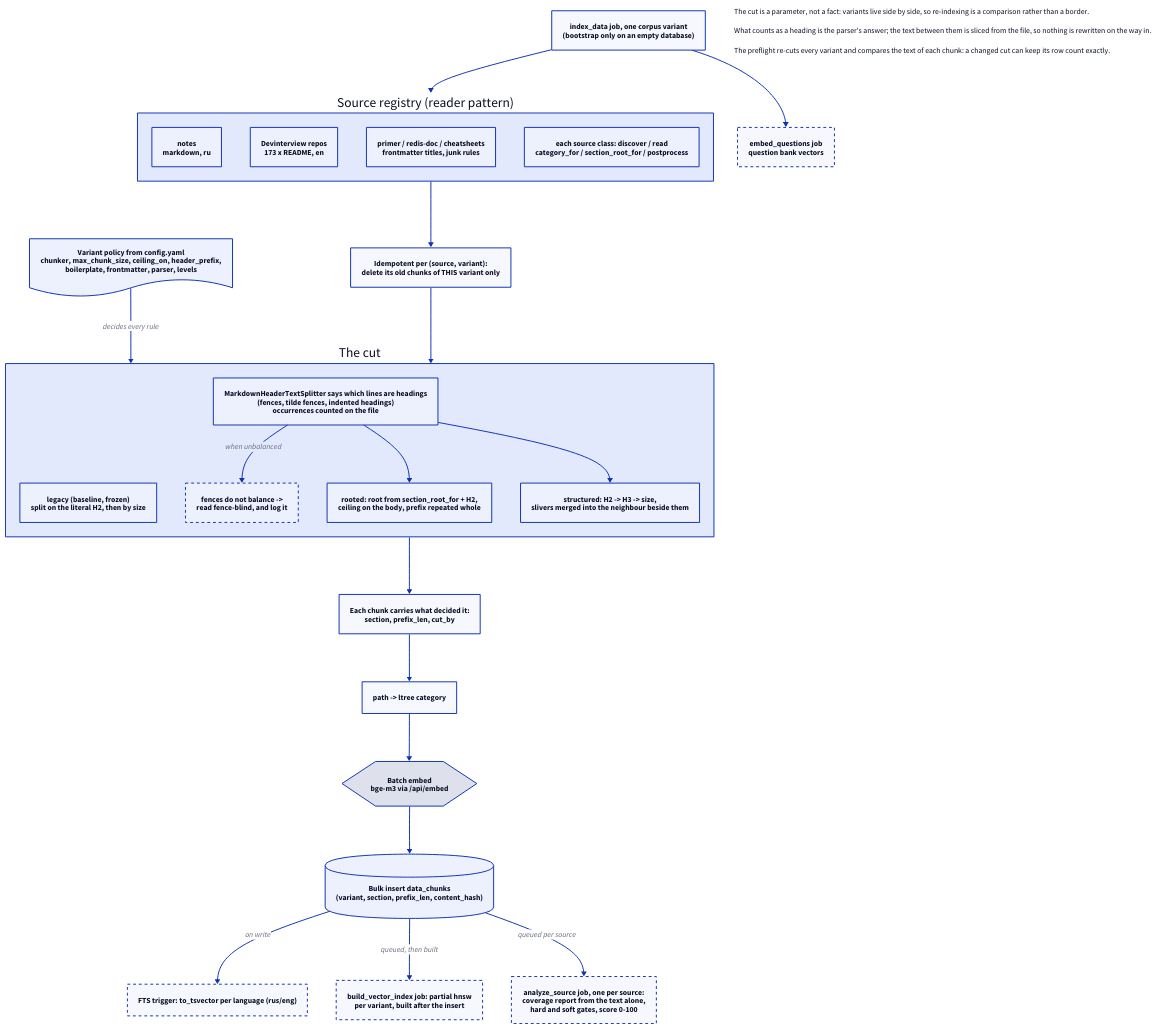
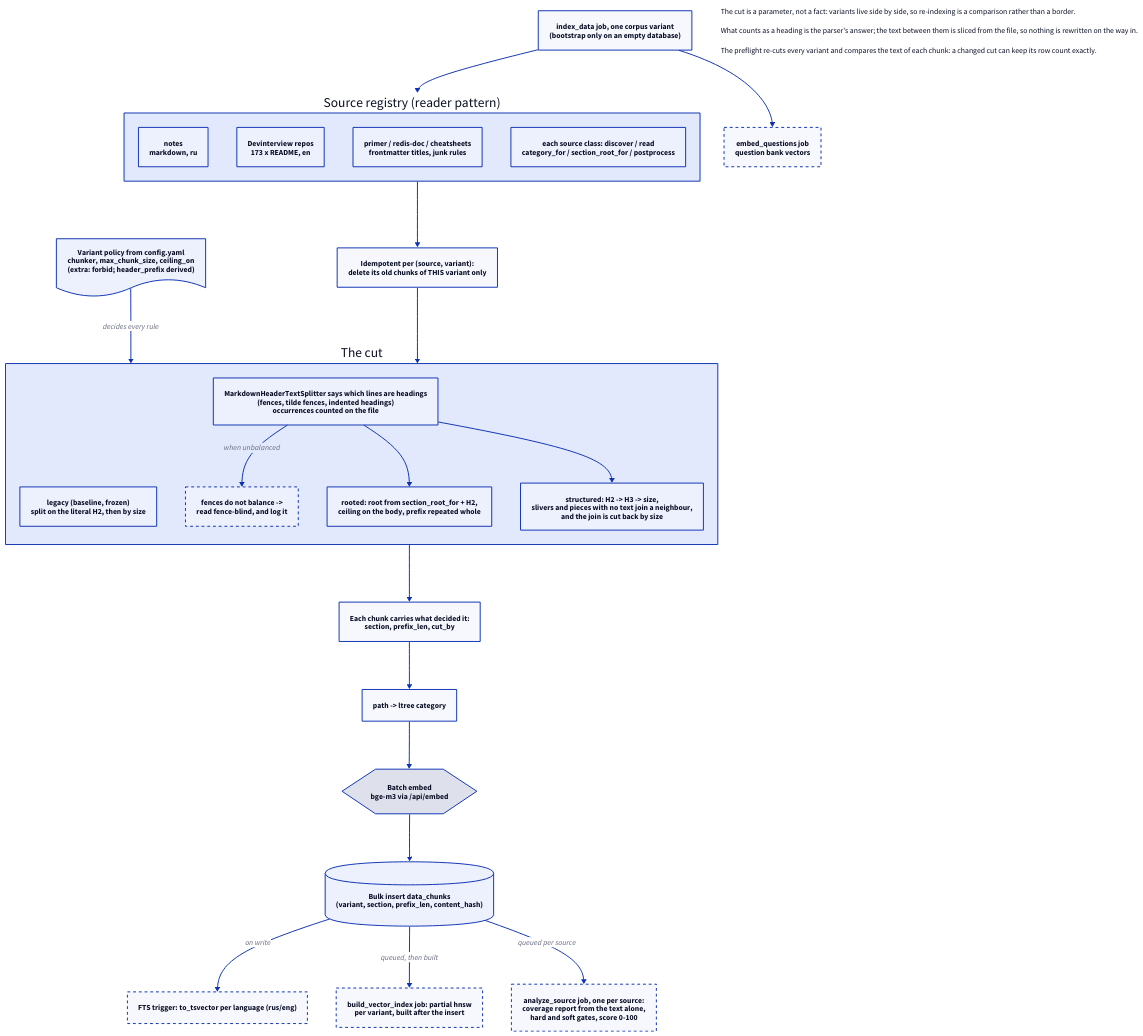
The diagram in docs/diagrams/ingestion.d2 (rikitikitav1/rag-lab), drawn with D2 before and after one commit. The commit also changed 3 other files, not shown here.

First line of the commit message:
Say what the config holds today, and what the cut actually does

```diff
--- a/docs/diagrams/ingestion.d2
+++ b/docs/diagrams/ingestion.d2
@@ -1,79 +1,79 @@
 direction: down
 
 trigger: "index_data job, one corpus variant\n(bootstrap only on an empty database)"
 
 sources: Source registry (reader pattern) {
   direction: right
   notes: notes\nmarkdown, ru
   interview: Devinterview repos\n173 x README, en
   docs: primer / redis-doc / cheatsheets\nfrontmatter titles, junk rules
   hooks: "each source class: discover / read\ncategory_for / section_root_for / postprocess"
 }
 
-policy: "Variant policy from config.yaml\nchunker, max_chunk_size, ceiling_on, header_prefix,\nboilerplate, frontmatter, parser, levels" {
+policy: "Variant policy from config.yaml\nchunker, max_chunk_size, ceiling_on\n(extra: forbid; header_prefix derived)" {
   shape: document
 }
 
 idem: "Idempotent per (source, variant):\ndelete its old chunks of THIS variant only"
 
 cut: The cut {
   direction: down
   legacy: "legacy (baseline, frozen)\nsplit on the literal H2, then by size"
   marks: "MarkdownHeaderTextSplitter says which lines are headings\n(fences, tilde fences, indented headings)\noccurrences counted on the file"
   fallback: "fences do not balance ->\nread fence-blind, and log it" {
     style.stroke-dash: 3
   }
   rooted: "rooted: root from section_root_for + H2,\nceiling on the body, prefix repeated whole"
-  structured: "structured: H2 -> H3 -> size,\nslivers merged into the neighbour beside them"
+  structured: "structured: H2 -> H3 -> size,\nslivers and pieces with no text join a neighbour,\nand the join is cut back by size"
   marks -> fallback: when unbalanced
   marks -> rooted
   marks -> structured
 }
 
 record: "Each chunk carries what decided it:\nsection, prefix_len, cut_by"
 
 cat: "path -> ltree category"
 embed: Batch embed\nbge-m3 via /api/embed {
   shape: hexagon
 }
 insert: "Bulk insert data_chunks\n(variant, section, prefix_len, content_hash)" {
   shape: cylinder
 }
 
 idx: "build_vector_index job: partial hnsw\nper variant, built after the insert" {
   style.stroke-dash: 3
 }
 tsv: "FTS trigger: to_tsvector per language (rus/eng)" {
   style.stroke-dash: 3
 }
 
 quality: "analyze_source job, one per source:\ncoverage report from the text alone,\nhard and soft gates, score 0-100" {
   style.stroke-dash: 3
 }
 
 questions: embed_questions job\nquestion bank vectors {
   style.stroke-dash: 3
 }
 
 trigger -> sources
 policy -> cut: decides every rule
 sources -> idem -> cut -> record -> cat -> embed -> insert
 insert -> tsv: on write
 insert -> idx: queued, then built
 insert -> quality: queued per source
 trigger -> questions
 
 note: |md
   The cut is a parameter, not a fact: variants
   live side by side, so re-indexing is a
   comparison rather than a border.
 
   What counts as a heading is the parser's
   answer; the text between them is sliced from
   the file, so nothing is rewritten on the way
   in.
 
   The preflight re-cuts every variant and
   compares the text of each chunk: a changed cut
   can keep its row count exactly.
 |
```
